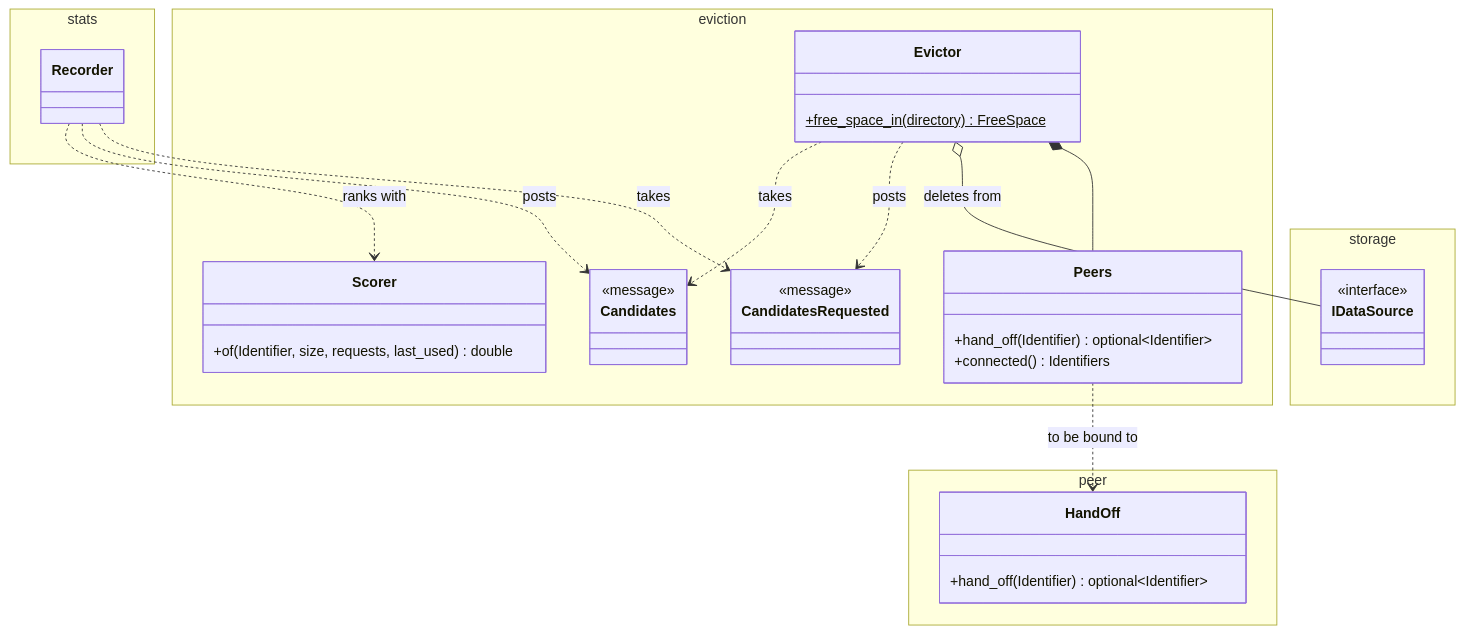
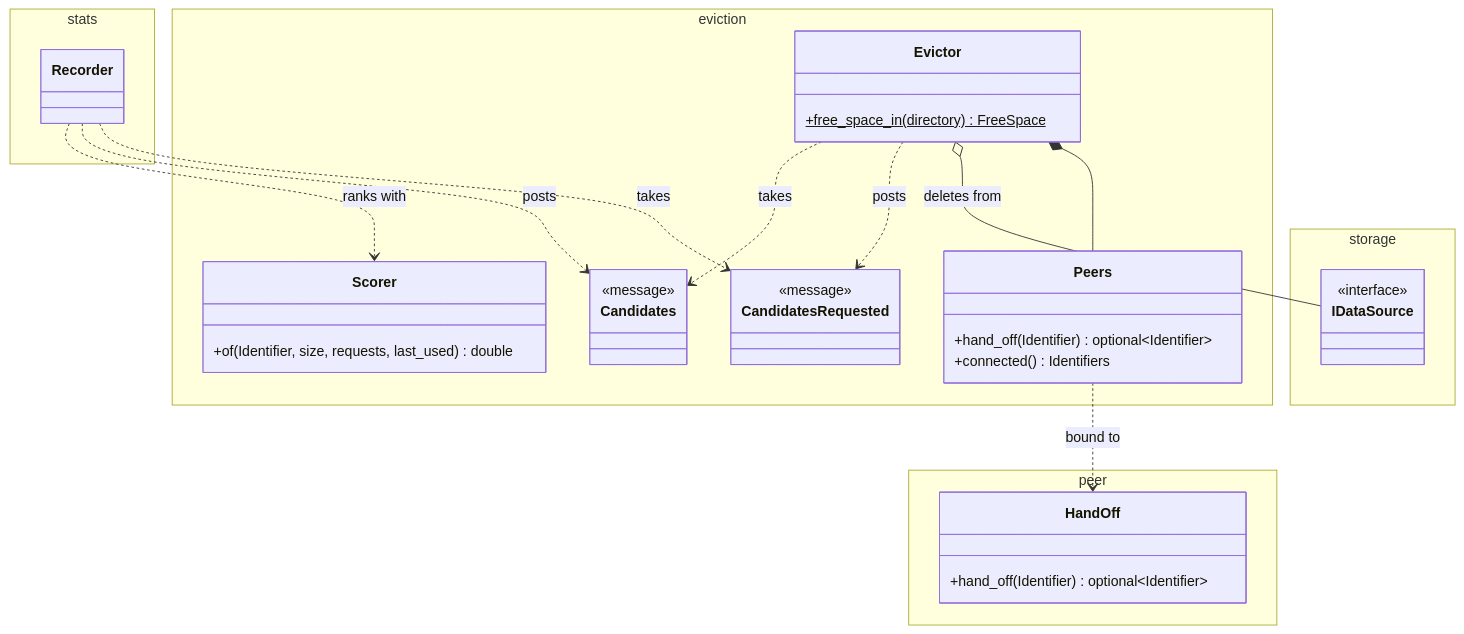
Before and after one commit to marcpage/libranet: diagram 11 of 17 in cpp/docs/Overview.md, drawn with Mermaid. The commit also changed other lines of this file and 2 other files, not shown here.

````diff
--- a/cpp/docs/Overview.md
+++ b/cpp/docs/Overview.md
@@ -904,44 +963,44 @@
 ```mermaid
 classDiagram
     direction TB
     namespace eviction {
         class Evictor {
             +free_space_in(directory)$ FreeSpace
         }
         class Peers {
             +hand_off(Identifier) optional~Identifier~
             +connected() Identifiers
         }
         class Scorer {
             +of(Identifier, size, requests, last_used) double
         }
         class CandidatesRequested {
             <<message>>
         }
         class Candidates {
             <<message>>
         }
     }
     namespace stats {
         class Recorder
     }
     namespace peer {
         class HandOff {
             +hand_off(Identifier) optional~Identifier~
         }
     }
     namespace storage {
         class IDataSource {
             <<interface>>
         }
     }
 
     Evictor *-- Peers
     Evictor o-- IDataSource : deletes from
     Evictor ..> CandidatesRequested : posts
     Recorder ..> CandidatesRequested : takes
     Recorder ..> Candidates : posts
     Evictor ..> Candidates : takes
     Recorder ..> Scorer : ranks with
-    Peers ..> HandOff : to be bound to
+    Peers ..> HandOff : bound to
 ```
````
